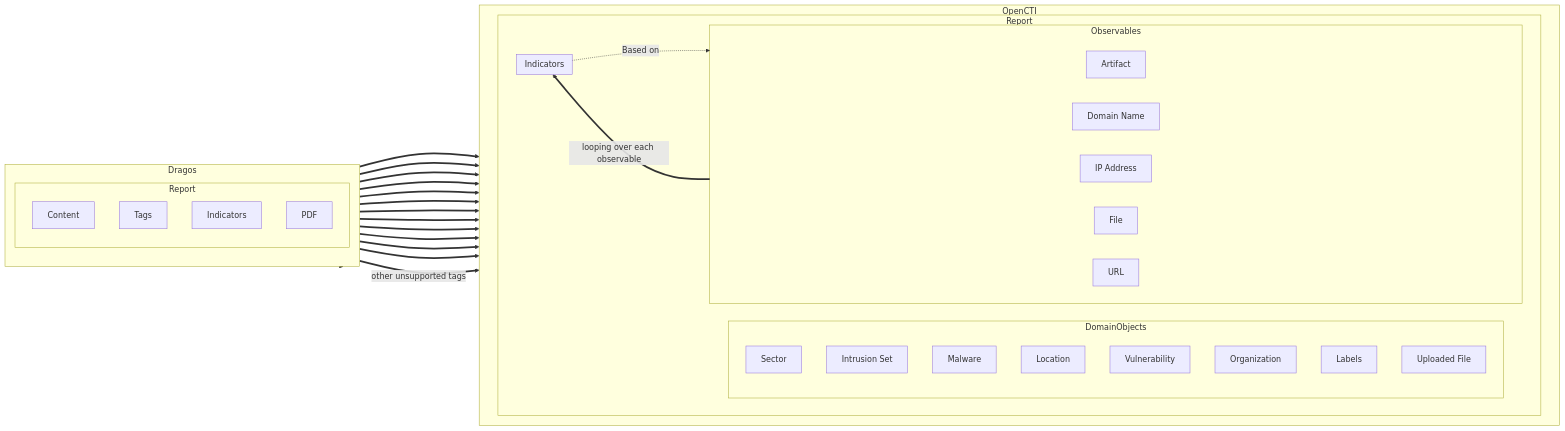
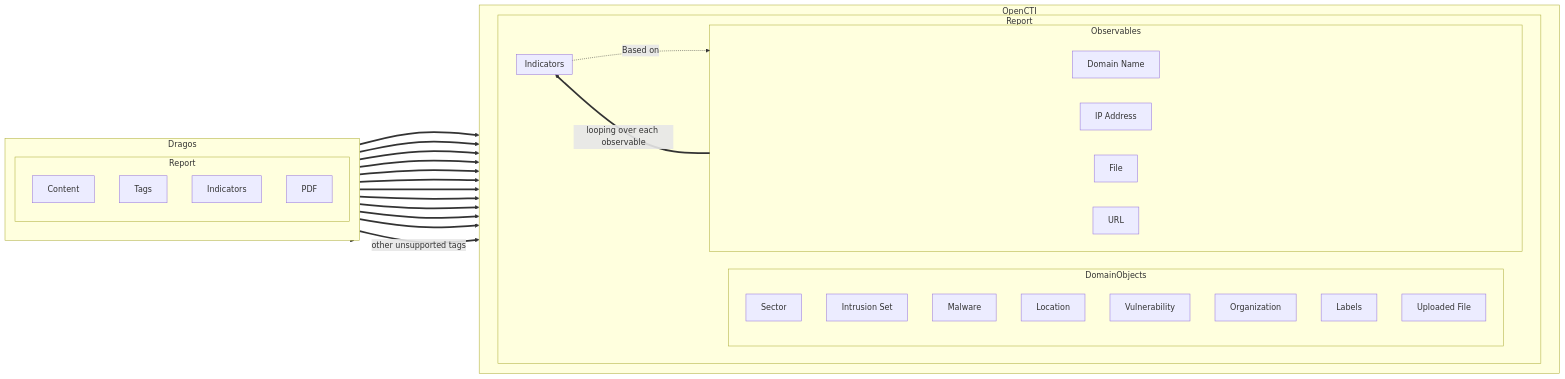
Before and after one commit to OpenCTI-Platform/connectors: the diagram in external-import/dragos/README.md, drawn with Mermaid. The commit also changed other lines of this file, not shown here.

Commit message:
doc: add indicator-to-observable mapping section + update mermaid graph

````diff
--- a/external-import/dragos/README.md
+++ b/external-import/dragos/README.md
@@ -57,48 +57,47 @@
 ```mermaid
 graph LR
         subgraph Dragos
                 direction TB
                 subgraph DragosReport[Report]
                         DragosReportContent[Content]
                         DragosReportTags[Tags]
                         DragosReportsIndicators[Indicators]
                         DragosReportPDF[PDF]
                 end
         end
         subgraph OpenCTI
                 direction LR
                 subgraph OpenCTIReport[Report]
                         subgraph DomainObjects
                                 direction TB
                                 OpenCTISector[Sector]
                                 OpenCTIIntrusionSet[Intrusion Set]
                                 OpenCTIMalware[Malware]
                                 OpenCTILocation[Location]
                                 OpenCTIVulnerability[Vulnerability]
                                 OpenCTIOrganization[Organization]
                                 OpenCTIReportLabels[Labels]
                                 OpenCTIUploadedFile[Uploaded File]
                         end
                         subgraph Observables
-                                OpenCTIArtifact[Artifact]
                                 OpenCTIDomainName[Domain Name]
                                 OpenCTIIPAddress[IP Address]
                                 OpenCTIFile[File]
                                 OpenCTIURL[URL]
                         end
                         subgraph Indicators
                         end
                 end
         end
         %% Dragos reports generate OpenCTI entities
         DragosReport ==> OpenCTIReport
         DragosReportTags ==> OpenCTIIntrusionSet & OpenCTISector & OpenCTIMalware & OpenCTILocation & OpenCTIVulnerability & OpenCTIOrganization
-        DragosReportsIndicators ==> OpenCTIArtifact & OpenCTIDomainName & OpenCTIIPAddress & OpenCTIFile & OpenCTIURL
+        DragosReportsIndicators ==> OpenCTIDomainName & OpenCTIIPAddress & OpenCTIFile & OpenCTIURL
         DragosReportPDF ==> OpenCTIUploadedFile
         Observables ==> |looping over each observable| Indicators
 
         DragosReportTags ==> |"other unsupported tags"| OpenCTIReportLabels
 
         %% Relationships between entities
         Indicators -.-> |"Based on"| Observables
 ```
````
